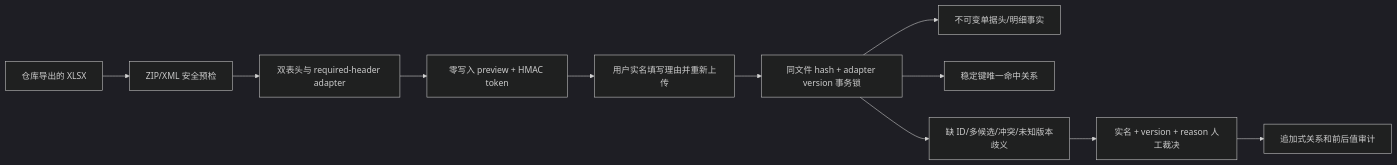
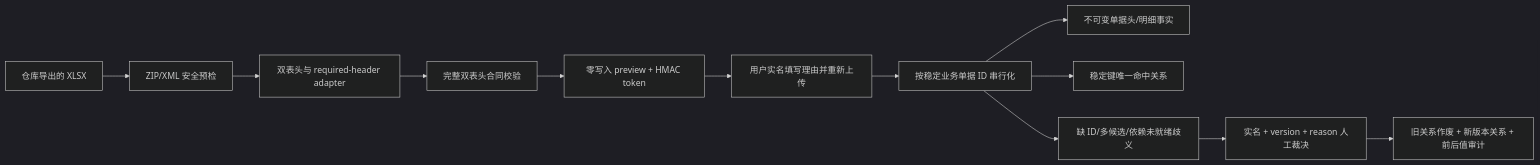
Before and after one commit to Jinchen-Yang/it-spareparts: the diagram in docs/维保仓库单据多版本适配与歧义工作台.md, drawn with Mermaid (dark theme). The commit also changed other lines of this file, not shown here.

````diff
--- a/docs/维保仓库单据多版本适配与歧义工作台.md
+++ b/docs/维保仓库单据多版本适配与歧义工作台.md
@@ -14,13 +14,14 @@
 ```mermaid
 flowchart LR
     A["仓库导出的 XLSX"] --> B["ZIP/XML 安全预检"]
     B --> C["双表头与 required-header adapter"]
-    C --> D["零写入 preview + HMAC token"]
-    D --> E["用户实名填写理由并重新上传"]
-    E --> F["同文件 hash + adapter version 事务锁"]
-    F --> G["不可变单据头/明细事实"]
-    F --> H["稳定键唯一命中关系"]
-    F --> I["缺 ID/多候选/冲突/未知版本歧义"]
-    I --> J["实名 + version + reason 人工裁决"]
-    J --> K["追加式关系和前后值审计"]
+    C --> D["完整双表头合同校验"]
+    D --> E["零写入 preview + HMAC token"]
+    E --> F["用户实名填写理由并重新上传"]
+    F --> G["按稳定业务单据 ID 串行化"]
+    G --> H["不可变单据头/明细事实"]
+    G --> I["稳定键唯一命中关系"]
+    G --> J["缺 ID/多候选/依赖未就绪歧义"]
+    J --> K["实名 + version + reason 人工裁决"]
+    K --> L["旧关系作废 + 新版本关系 + 前后值审计"]
 ```
````
